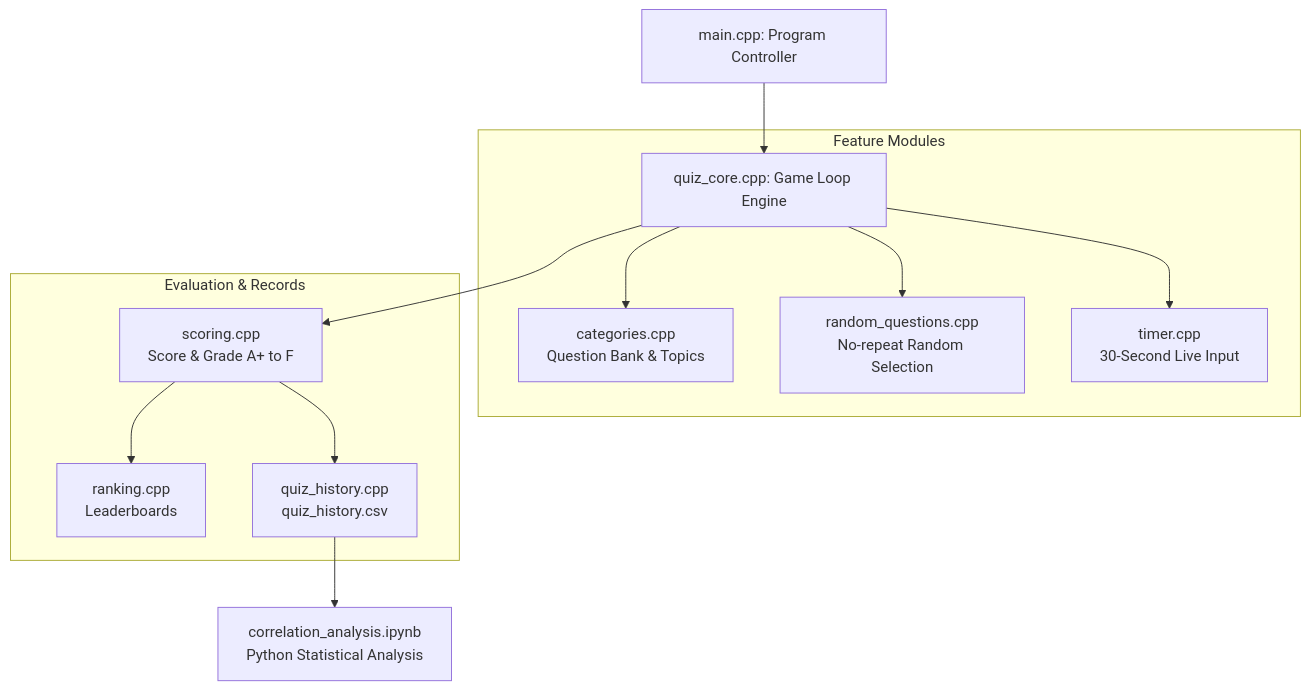
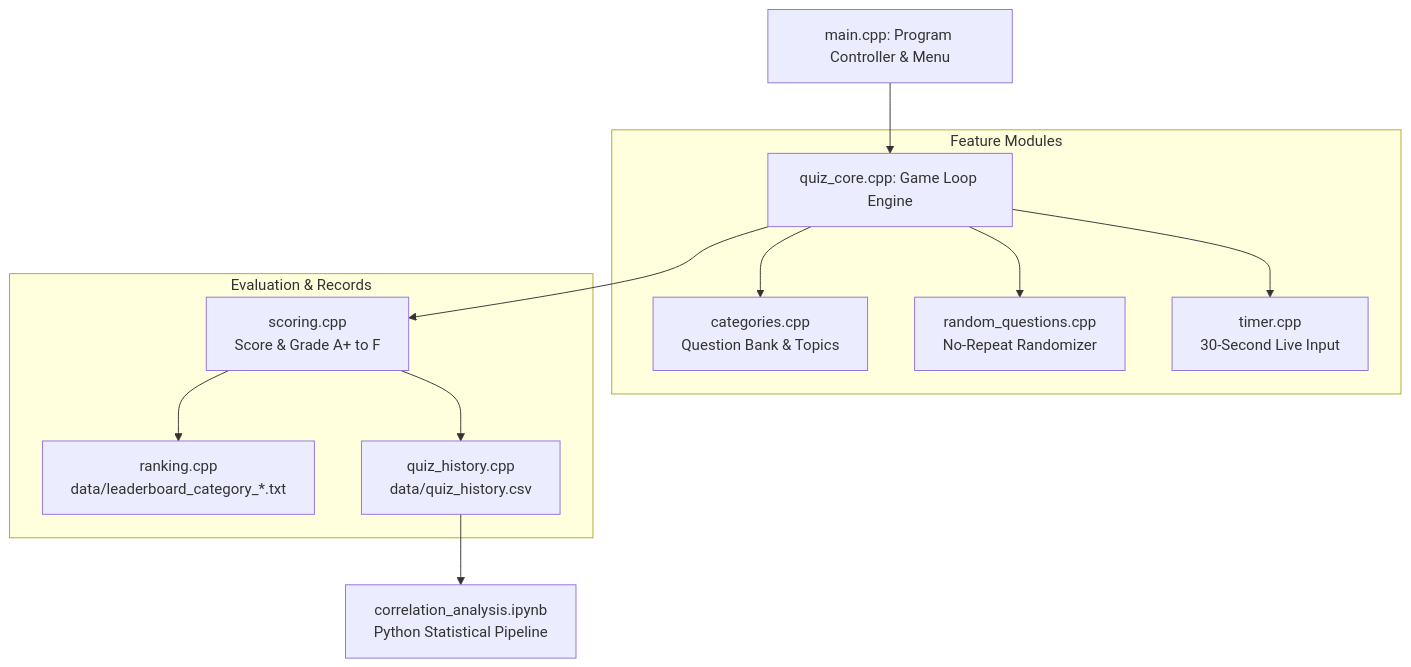
One commit to DharanidharanRavikumar/cpp-quiz-performance-analysis changed the diagram in README.md. Above: the diagram before and after it, drawn with Mermaid. The commit also changed other lines of this file, not shown here.

Commit message:
docs: align README styling and architecture layout with RISC-V project standards

````diff
--- a/README.md
+++ b/README.md
@@ -58,18 +69,18 @@
 ```mermaid
 graph TD
-    A[main.cpp: Program Controller] --> B[quiz_core.cpp: Game Loop Engine]
+    A[main.cpp: Program Controller & Menu] --> B[quiz_core.cpp: Game Loop Engine]
     
     subgraph Feature Modules
         B --> C[categories.cpp<br/>Question Bank & Topics]
-        B --> D[random_questions.cpp<br/>No-repeat Random Selection]
+        B --> D[random_questions.cpp<br/>No-Repeat Randomizer]
         B --> E[timer.cpp<br/>30-Second Live Input]
     end
 
     subgraph Evaluation & Records
         B --> F[scoring.cpp<br/>Score & Grade A+ to F]
-        F --> G[ranking.cpp<br/>Leaderboards]
-        F --> H[quiz_history.cpp<br/>quiz_history.csv]
+        F --> G[ranking.cpp<br/>data/leaderboard_category_*.txt]
+        F --> H[quiz_history.cpp<br/>data/quiz_history.csv]
     end
 
-    H --> I[correlation_analysis.ipynb<br/>Python Statistical Analysis]
+    H --> I[correlation_analysis.ipynb<br/>Python Statistical Pipeline]
 ```
````
